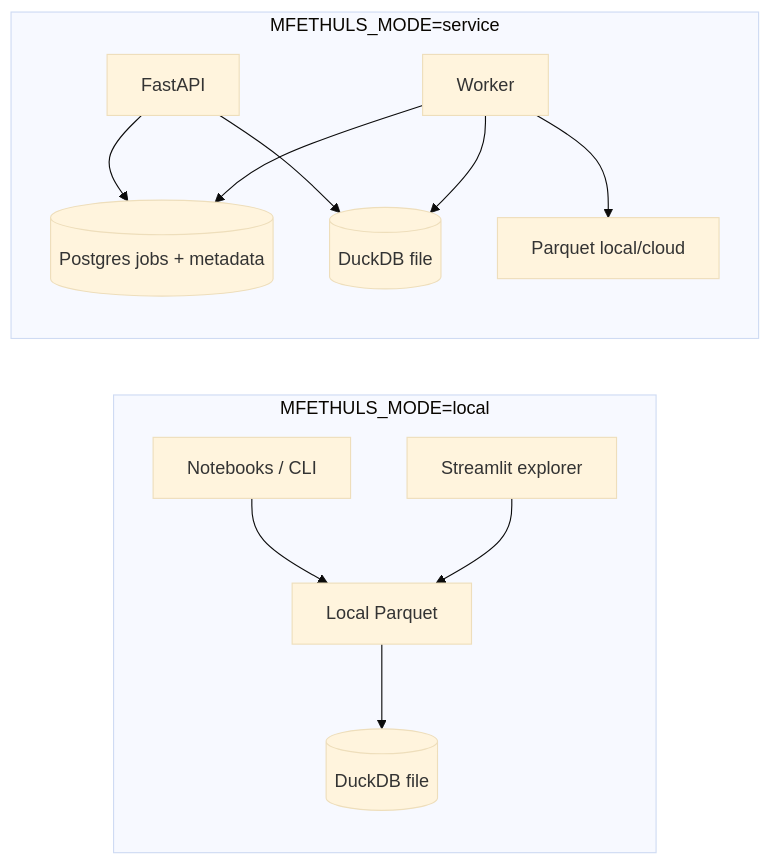
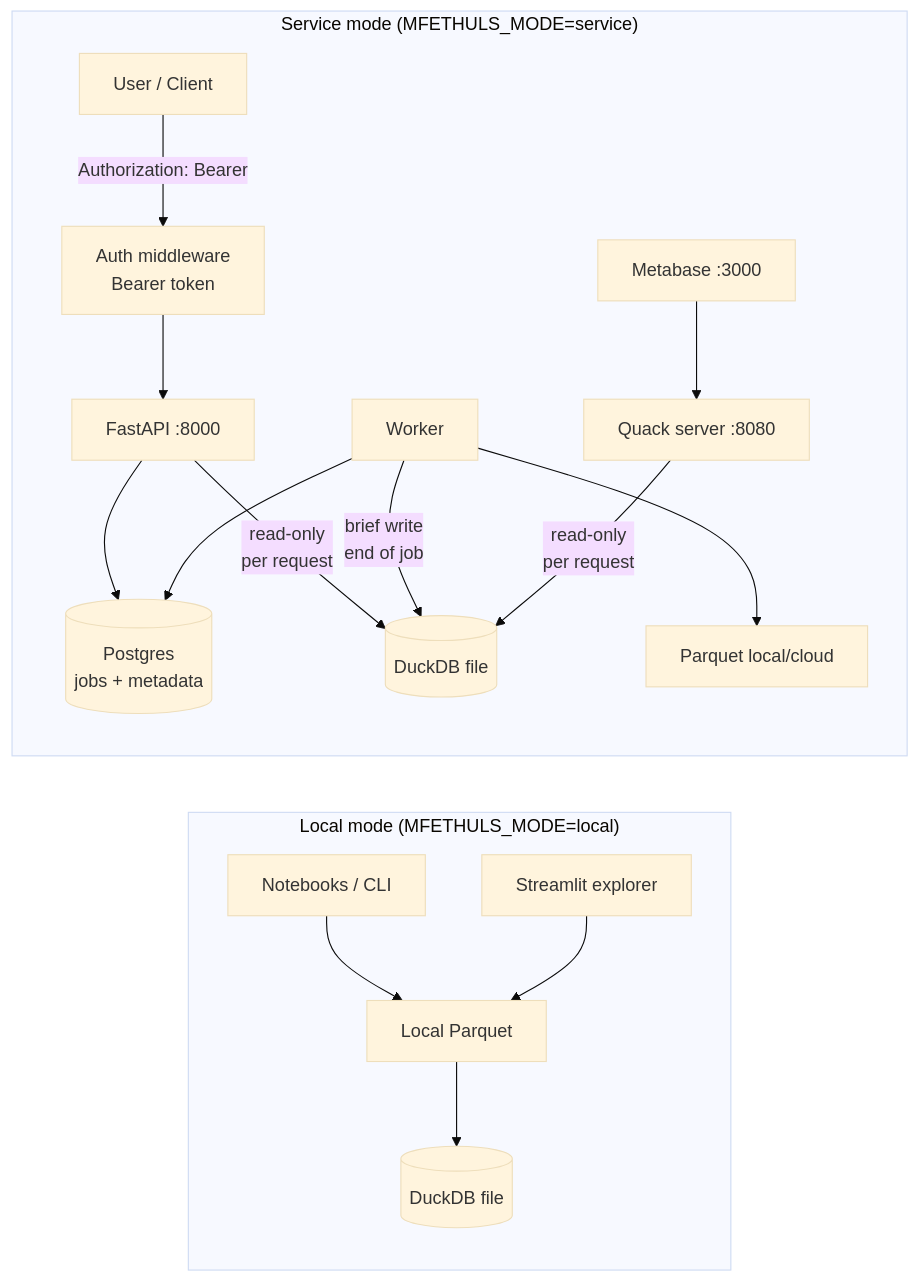
The second of 8 diagrams in docs/architecture.md (lucaAyt/mfethuls), drawn with Mermaid (base theme) before and after one commit. The commit also changed other lines of this file and 25 other files, not shown here.

````diff
--- a/docs/architecture.md
+++ b/docs/architecture.md
@@ -58,23 +62,34 @@
 ```mermaid
 flowchart LR
-  subgraph local [MFETHULS_MODE=local]
+  subgraph local ["Local mode (MFETHULS_MODE=local)"]
     NB[Notebooks / CLI]
     ST[Streamlit explorer]
     LP[Local Parquet]
     LD[(DuckDB file)]
     NB --> LP
     ST --> LP
     LP --> LD
   end
 
-  subgraph service [MFETHULS_MODE=service]
-    API[FastAPI]
+  subgraph service ["Service mode (MFETHULS_MODE=service)"]
+    USER[User / Client]
+    AUTH[Auth middleware\nBearer token]
+    API[FastAPI :8000]
     WK[Worker]
-    PG[(Postgres jobs + metadata)]
+    PG[(Postgres\njobs + metadata)]
+    LD2[(DuckDB file)]
+    LP2[Parquet local/cloud]
+    MB[Metabase :3000]
+    QS[Quack server :8080]
+
+    USER -->|Authorization: Bearer| AUTH
+    AUTH --> API
     API --> PG
     WK --> PG
-    API --> LD2[(DuckDB file)]
-    WK --> LD2
-    WK --> LP2[Parquet local/cloud]
+    API -->|read-only\nper request| LD2
+    WK -->|brief write\nend of job| LD2
+    WK --> LP2
+    MB --> QS
+    QS -->|read-only\nper request| LD2
   end
 ```
````
